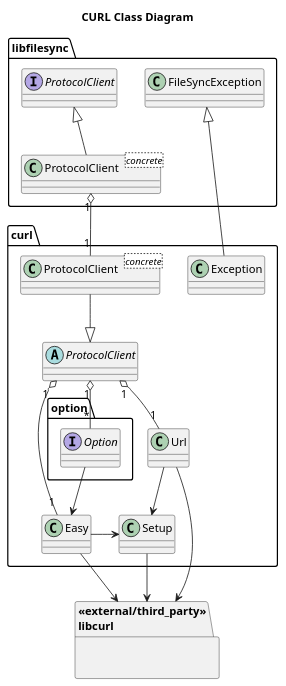
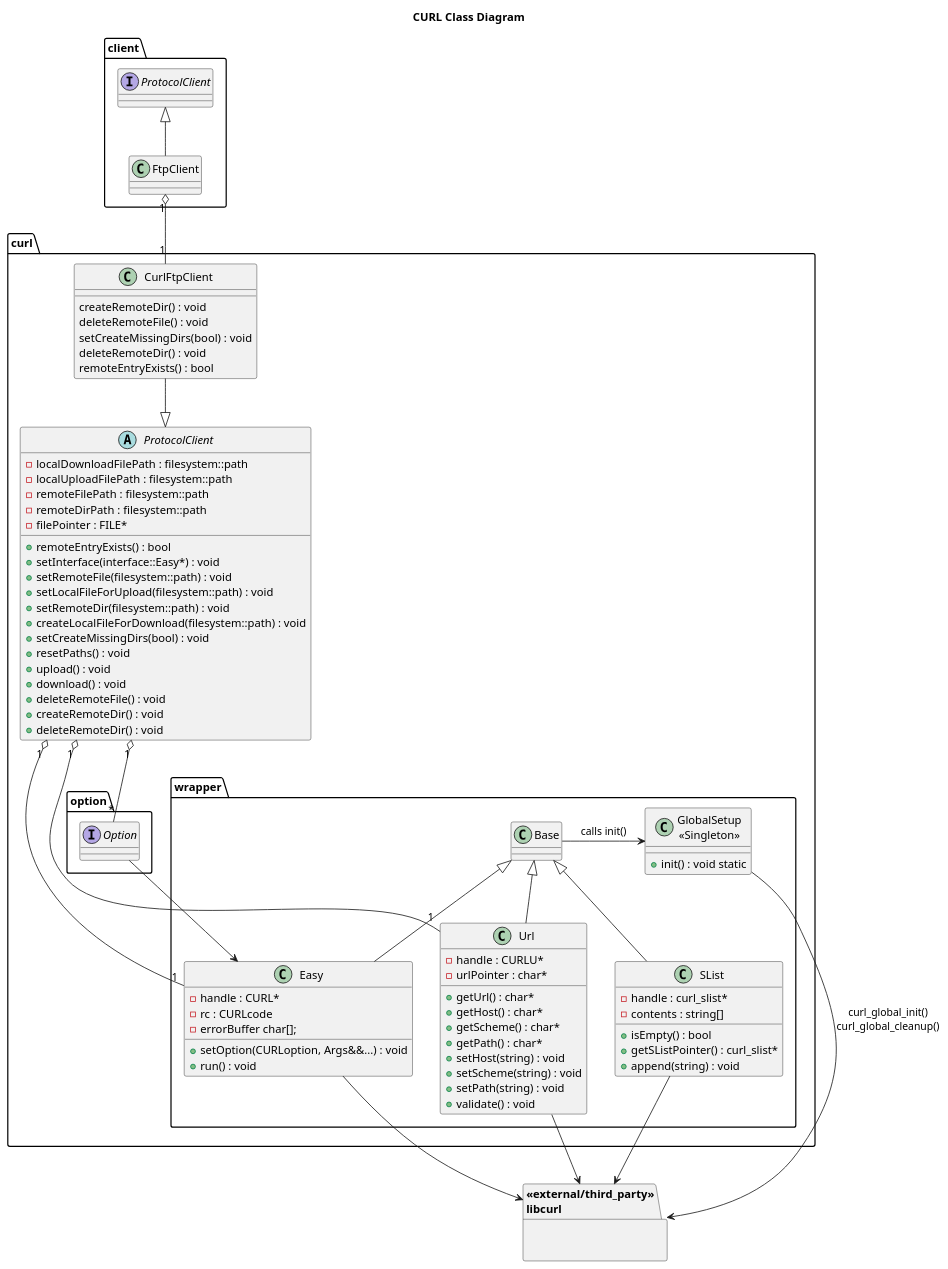
One commit to kfpgk/libfilesync changed the diagram in libfilesync/curl/doc/class.puml. Above: the diagram before and after it, drawn with PlantUML. The commit also changed 44 other files, not shown here.

Commit message:
Introduce curl wrapper package and move objects with direct libcurl access

```diff
--- a/libfilesync/curl/doc/class.puml
+++ b/libfilesync/curl/doc/class.puml
@@ -1,50 +1,105 @@
 @startuml curl-class-diagram
 
 title CURL Class Diagram
 
-package libfilesync {
+package client {
 
-    class FileSyncException
     interface ProtocolClient
-    class "ProtocolClient<concrete>" as concreteProtoClient 
+    class FtpClient
 
 }
 
 package curl {
-    class "Exception" as CurlException
-    abstract class "ProtocolClient" as CurlProtocolClient
-    class "ProtocolClient<concrete>" as CurlConcreteProtocolClient
-    class "Url" as CurlUrl
-    class "Easy" as CurlEasy
-    class "Setup" as CurlSetup
+    abstract class "ProtocolClient" as CurlProtocolClient {
+        - localDownloadFilePath : filesystem::path
+        - localUploadFilePath : filesystem::path 
+        - remoteFilePath : filesystem::path 
+        - remoteDirPath : filesystem::path
+        - filePointer : FILE*
+        + remoteEntryExists() : bool
+        + setInterface(interface::Easy*) : void
+        + setRemoteFile(filesystem::path) : void
+        + setLocalFileForUpload(filesystem::path) : void
+        + setRemoteDir(filesystem::path) : void
+        + createLocalFileForDownload(filesystem::path) : void
+        + setCreateMissingDirs(bool) : void
+        + resetPaths() : void
+        + upload() : void
+        + download() : void
+        + deleteRemoteFile() : void
+        + createRemoteDir() : void
+        + deleteRemoteDir() : void       
+    }
+    class "CurlFtpClient" as CurlFtpClient {
+        createRemoteDir() : void
+        deleteRemoteFile() : void
+        setCreateMissingDirs(bool) : void
+        deleteRemoteDir() : void
+        remoteEntryExists() : bool
+    }
+    package wrapper {
+        class "Url" as CurlUrl {
+            - handle : CURLU*
+            - urlPointer : char*
+            + getUrl() : char*
+            + getHost() : char*
+            + getScheme() : char*
+            + getPath() : char*
+            + setHost(string) : void
+            + setScheme(string) : void
+            + setPath(string) : void
+            + validate() : void
+        }
+        class "SList" as CurlSList {
+            - handle : curl_slist*
+            - contents : string[]
+            + isEmpty() : bool
+            + getSListPointer() : curl_slist*
+            + append(string) : void
+        }
+        class "Easy" as CurlEasy {
+            - handle : CURL*
+            - rc : CURLcode
+            - errorBuffer char[];
+            + setOption(CURLoption, Args&&...) : void
+            + run() : void
+        }
+        class "GlobalSetup\n<<Singleton>>" as CurlGlobalSetup {
+            + init() : void static
+        }
+        class "Base" as CurlBase
+    }
+
     package option {
         interface "Option" as CurlOption
     }
 
 }
 
 
 package "<<external/third_party>>\nlibcurl" as libcurl {
 
 }
 
-ProtocolClient <|-- concreteProtoClient
+CurlBase <|-- CurlEasy  
+CurlBase <|-- CurlUrl
+CurlBase <|-- CurlSList
+CurlBase -> CurlGlobalSetup : calls init()
 
-concreteProtoClient "1" o-- "1" CurlConcreteProtocolClient
-CurlConcreteProtocolClient --|> CurlProtocolClient
+ProtocolClient <|-- FtpClient
+
+FtpClient "1" o-- "1" CurlFtpClient
+CurlFtpClient --|> CurlProtocolClient
 CurlProtocolClient "1" o-- "1" CurlUrl
 
-FileSyncException <|-- CurlException
 CurlOption --> CurlEasy
 CurlProtocolClient "1" o-- "*" CurlOption
 
 CurlProtocolClient "1" o-- "1" CurlEasy
 
-CurlUrl -> CurlSetup
-CurlSetup <- CurlEasy
-
 CurlUrl --> libcurl
+CurlSList --> libcurl
 CurlEasy --> libcurl
-CurlSetup --> libcurl
+CurlGlobalSetup --> libcurl : curl_global_init()\ncurl_global_cleanup()
 
 @enduml
```
